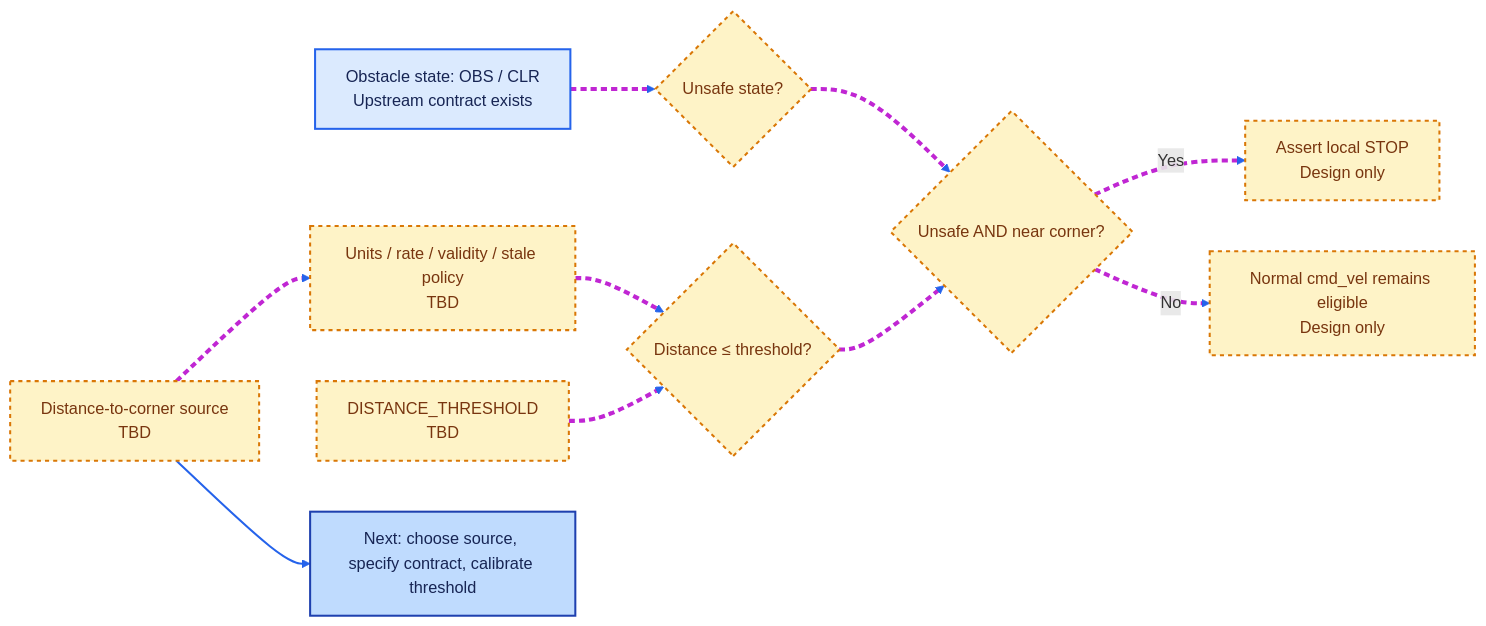
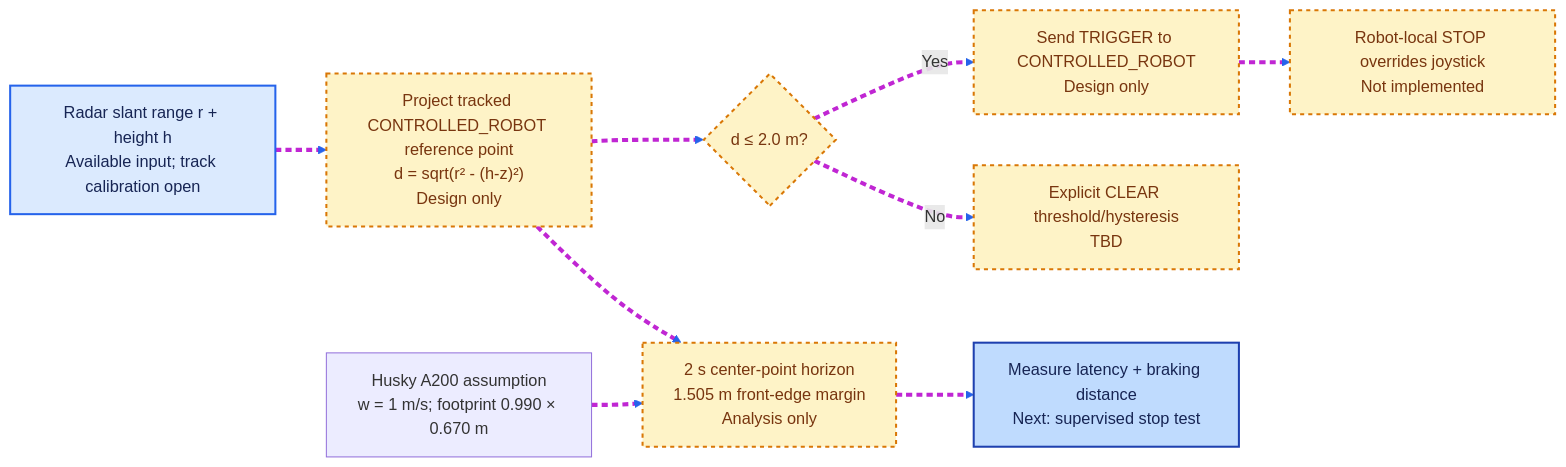
One commit to kirolossedra/RIS-Robotics changed diagram 14 of 22 in docs/architecture/system/progress.md. Above: the diagram before and after it, drawn with Mermaid. The commit also changed other lines of this file and 27 other files, not shown here.

Commit message:
docs: specify Husky corner proximity trigger protocol

````diff
--- a/docs/architecture/system/progress.md
+++ b/docs/architecture/system/progress.md
@@ -308,20 +308,18 @@
 ```mermaid
 flowchart LR
-    OBS["Obstacle state: OBS / CLR<br/>Upstream contract exists"] --> UNSAFE{"Unsafe state?"}
-    SENSOR["Distance-to-corner source<br/>TBD"] --> VALID["Units / rate / validity / stale policy<br/>TBD"] --> NEAR{"Distance ≤ threshold?"}
-    THRESHOLD["DISTANCE_THRESHOLD<br/>TBD"] --> NEAR
-    UNSAFE --> GATE{"Unsafe AND near corner?"}
-    NEAR --> GATE
-    GATE -->|"Yes"| STOP["Assert local STOP<br/>Design only"]
-    GATE -->|"No"| NORMAL["Normal cmd_vel remains eligible<br/>Design only"]
-    SENSOR --> NEXT["Next: choose source, specify contract, calibrate threshold"]
+    SENSOR["Radar slant range r + height h<br/>Available input; track calibration open"] --> PROJECT["Project tracked CONTROLLED_ROBOT reference point<br/>d = sqrt(r² - (h-z)²)<br/>Design only"] --> NEAR{"d ≤ 2.0 m?"}
+    SPEED["Husky A200 assumption<br/>w = 1 m/s; footprint 0.990 × 0.670 m"] --> COMPARE["2 s center-point horizon<br/>1.505 m front-edge margin<br/>Analysis only"]
+    NEAR -->|"Yes"| TRIGGER["Send TRIGGER to CONTROLLED_ROBOT<br/>Design only"] --> STOP["Robot-local STOP overrides joystick<br/>Not implemented"]
+    NEAR -->|"No"| RELEASE["Explicit CLEAR threshold/hysteresis<br/>TBD"]
+    PROJECT --> COMPARE
+    COMPARE --> VALIDATE["Measure latency + braking distance<br/>Next: supervised stop test"]
 
     classDef done fill:#dbeafe,stroke:#2563eb,color:#172554,stroke-width:2px;
     classDef planned fill:#fef3c7,stroke:#d97706,color:#78350f,stroke-width:2px,stroke-dasharray:4 4;
     classDef next fill:#bfdbfe,stroke:#1e40af,color:#172554,stroke-width:2px;
-    class OBS done;
-    class SENSOR,VALID,NEAR,THRESHOLD,UNSAFE,GATE,STOP,NORMAL planned;
-    class NEXT next;
+    class SENSOR done;
+    class PROJECT,NEAR,COMPARE,TRIGGER,STOP,RELEASE planned;
+    class VALIDATE next;
     linkStyle default stroke:#2563eb,stroke-width:2px;
     linkStyle 0,1,2,3,4,5,6,7 stroke:#c026d3,stroke-width:4px,stroke-dasharray:6 4;
 ```
````
